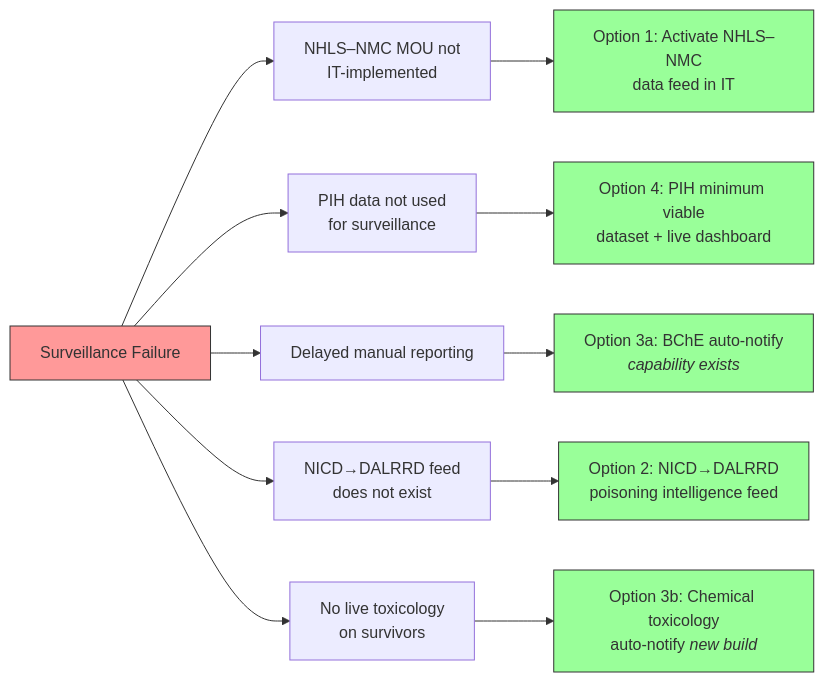
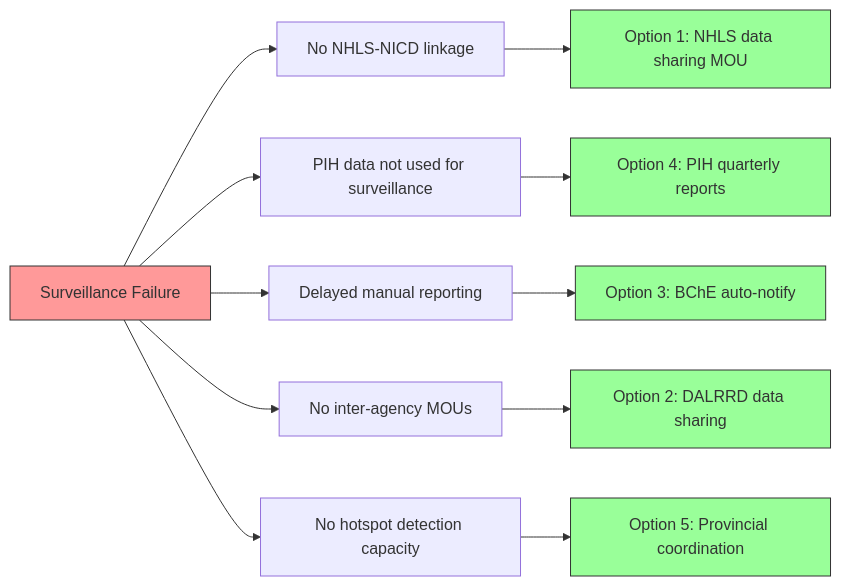
Before and after one commit to bridaybrummer/D2P_project: the first of 2 diagrams in posts/policy_brief.qmd, drawn with Mermaid. The commit also changed other lines of this file and 2 other files, not shown here.

Commit message:
Concept note: rebuild fig-current-system - split NHLS into BChE/Toxicology, add EHP-DALRRD broken-loop arm, consistent with policy brief status quo

````diff
--- a/posts/policy_brief.qmd
+++ b/posts/policy_brief.qmd
@@ -216,23 +43,23 @@
 ```{mermaid}
 %%| label: fig-fishbone
 %%| fig-cap: "Root causes of surveillance failure and the policy options that address them"
 flowchart LR
-    A[Surveillance Failure] --> B[NHLS–NMC MOU not<br/>IT-implemented]
-    A --> C[PIH data not used<br/>for surveillance]
+    A[Surveillance Failure] --> B[No NHLS-NICD linkage]
+    A --> C[PIH data not used for surveillance]
     A --> D[Delayed manual reporting]
-    A --> E[NICD→DALRRD feed<br/>does not exist]
-    A --> F[No live toxicology<br/>on survivors]
-
-    B --> G[Option 1: Activate NHLS–NMC<br/>data feed in IT]
-    C --> H[Option 4: PIH minimum viable<br/>dataset + live dashboard]
-    D --> I[Option 3a: BChE auto-notify<br/><i>capability exists</i>]
-    F --> J[Option 3b: Chemical toxicology<br/>auto-notify <i>new build</i>]
-    E --> K[Option 2: NICD→DALRRD<br/>poisoning intelligence feed]
-
+    A --> E[No inter-agency MOUs]
+    A --> F[No hotspot detection capacity]
+    
+    B --> G[Option 1: NHLS data sharing MOU]
+    C --> H[Option 4: PIH quarterly reports]
+    D --> I[Option 3: BChE auto-notify]
+    E --> J[Option 2: DALRRD data sharing]
+    F --> K[Option 5: Provincial coordination]
+    
     style A fill:#f99,stroke:#333
     style G fill:#9f9,stroke:#333
     style H fill:#9f9,stroke:#333
     style I fill:#9f9,stroke:#333
     style J fill:#9f9,stroke:#333
     style K fill:#9f9,stroke:#333
 ```
````
